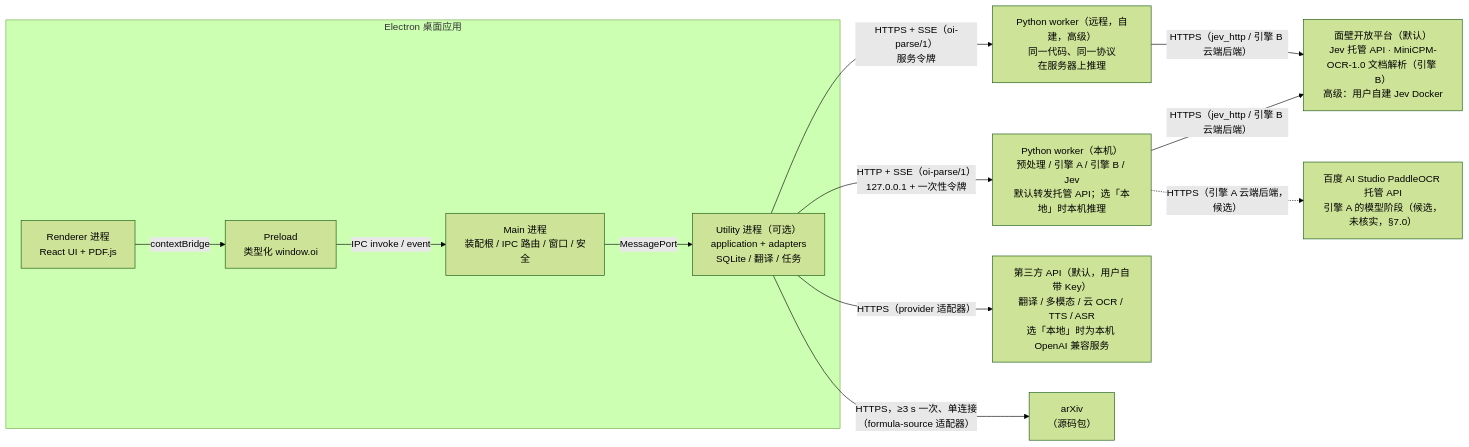
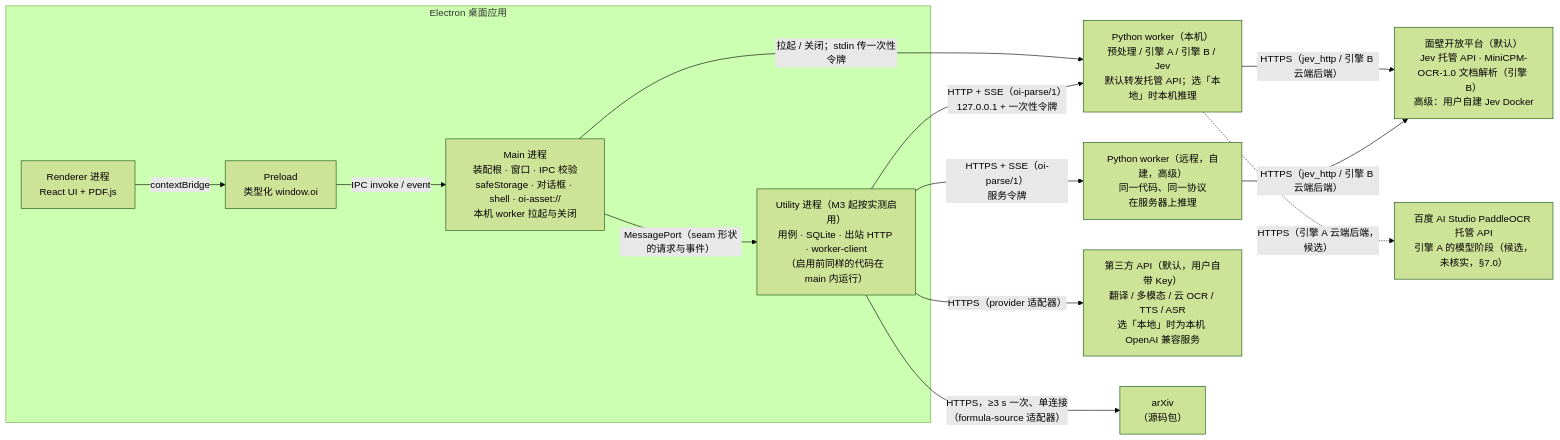
Before and after one commit to wisdom-km/open-immerse-v2: the first of 5 diagrams in ARCHITECTURE.md, drawn with Mermaid (forest theme). The commit also changed other lines of this file and 5 other files, not shown here.

First line of the commit message:
docs: 架构评审修复 A——4 个 P0（ingest 编排、进程边界、预算闸门、译文裁图）并删除 G17 (#5)

````diff
--- a/ARCHITECTURE.md
+++ b/ARCHITECTURE.md
@@ -21,26 +21,27 @@
 ```mermaid
 flowchart LR
   subgraph Desktop["Electron 桌面应用"]
     R["Renderer 进程<br/>React UI + PDF.js"]
     P["Preload<br/>类型化 window.oi"]
-    M["Main 进程<br/>装配根 / IPC 路由 / 窗口 / 安全"]
-    U["Utility 进程（可选）<br/>application + adapters<br/>SQLite / 翻译 / 任务"]
+    M["Main 进程<br/>装配根 · 窗口 · IPC 校验<br/>safeStorage · 对话框 · shell · oi-asset://<br/>本机 worker 拉起与关闭"]
+    U["Utility 进程（M3 起按实测启用）<br/>用例 · SQLite · 出站 HTTP · worker-client<br/>（启用前同样的代码在 main 内运行）"]
   end
   W1["Python worker（本机）<br/>预处理 / 引擎 A / 引擎 B / Jev<br/>默认转发托管 API；选「本地」时本机推理"]
   W2["Python worker（远程，自建，高级）<br/>同一代码、同一协议<br/>在服务器上推理"]
   QE["面壁开放平台（默认）<br/>Jev 托管 API · MiniCPM-OCR-1.0 文档解析（引擎 B）<br/>高级：用户自建 Jev Docker"]
   PB["百度 AI Studio PaddleOCR 托管 API<br/>引擎 A 的模型阶段（候选，未核实，§7.0）"]
   API["第三方 API（默认，用户自带 Key）<br/>翻译 / 多模态 / 云 OCR / TTS / ASR<br/>选「本地」时为本机 OpenAI 兼容服务"]
   ARX["arXiv<br/>（源码包）"]
 
   R -- "contextBridge" --> P
   P -- "IPC invoke / event" --> M
-  M -- "MessagePort" --> U
+  M -- "MessagePort（seam 形状的请求与事件）" --> U
+  M -- "拉起 / 关闭；stdin 传一次性令牌" --> W1
   U -- "HTTP + SSE（oi-parse/1）<br/>127.0.0.1 + 一次性令牌" --> W1
   U -- "HTTPS + SSE（oi-parse/1）<br/>服务令牌" --> W2
   W1 -- "HTTPS（jev_http / 引擎 B 云端后端）" --> QE
   W2 -- "HTTPS（jev_http / 引擎 B 云端后端）" --> QE
   W1 -. "HTTPS（引擎 A 云端后端，候选）" .-> PB
   U -- "HTTPS（provider 适配器）" --> API
   U -- "HTTPS，≥3 s 一次、单连接<br/>（formula-source 适配器）" --> ARX
 ```
````
